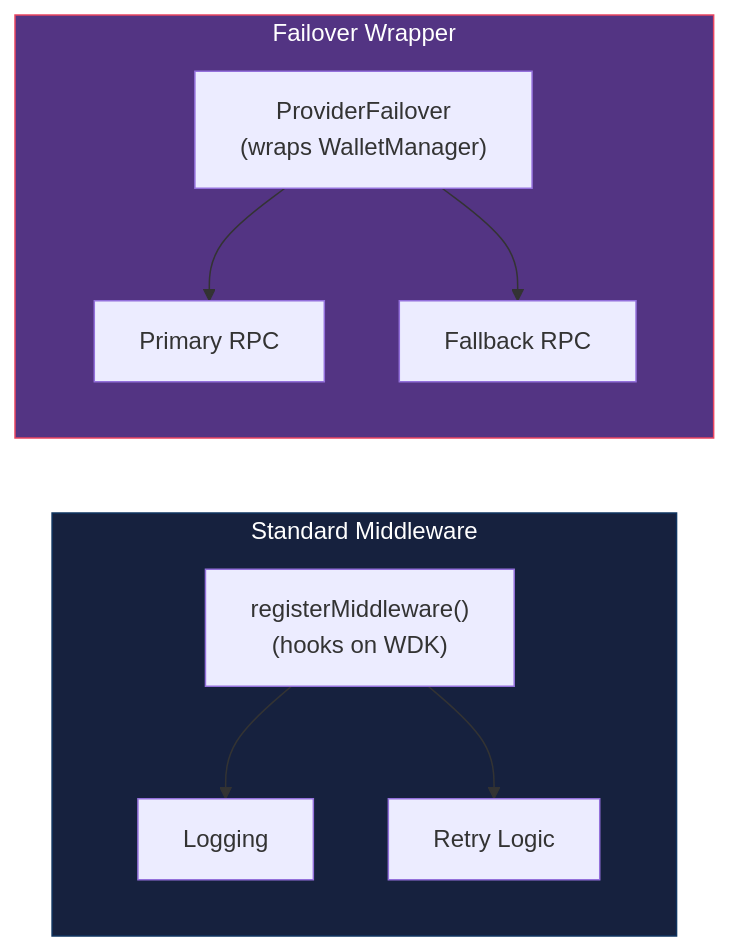
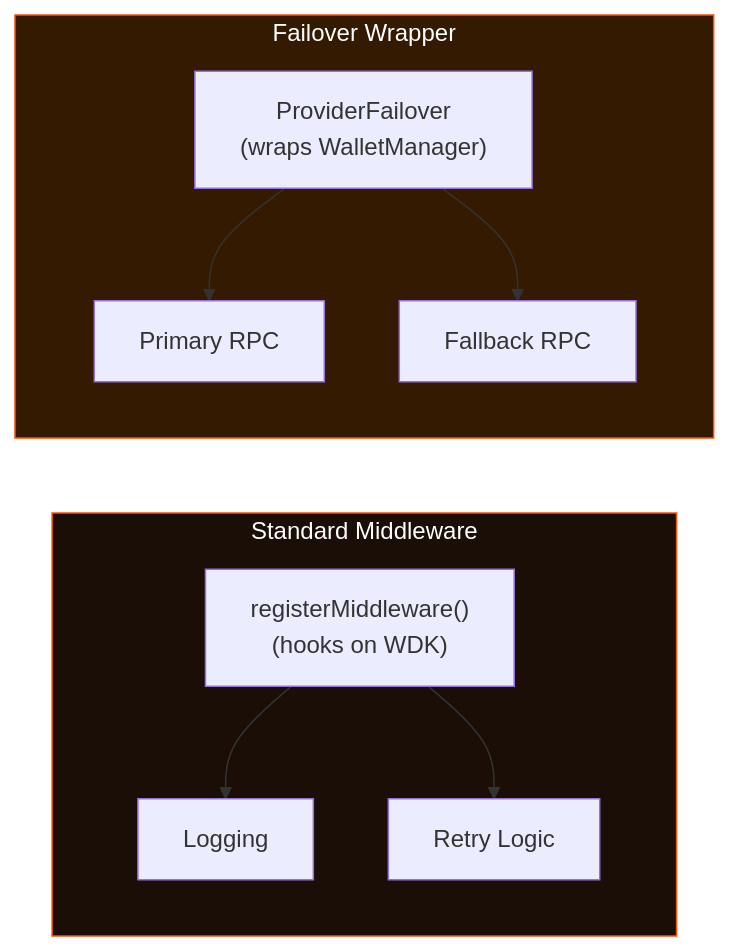
One commit to gatteo/wdk-docs changed the diagram in sdk/core-module/guides/middleware.md. Above: the diagram before and after it, drawn with Mermaid. The commit also changed 21 other files, not shown here.

Commit message:
docs: update all mermaid diagrams to WDK branding colors (#FF4E00 orange, #080201 dark)

````diff
--- a/sdk/core-module/guides/middleware.md
+++ b/sdk/core-module/guides/middleware.md
@@ -24,19 +24,19 @@
 ```mermaid
 flowchart LR
     subgraph Standard["Standard Middleware"]
         direction TB
         MW["registerMiddleware()\n(hooks on WDK)"]
         MW --> LOG["Logging"]
         MW --> RETRY["Retry Logic"]
     end
 
     subgraph Failover["Failover Wrapper"]
         direction TB
         FW["ProviderFailover\n(wraps WalletManager)"]
         FW --> RPC1["Primary RPC"]
         FW --> RPC2["Fallback RPC"]
     end
 
-    style Standard fill:#16213e,stroke:#0f3460,color:#fff
-    style Failover fill:#533483,stroke:#e94560,color:#fff
+    style Standard fill:#1a0e06,stroke:#FF4E00,color:#fff
+    style Failover fill:#331a00,stroke:#FF4E00,color:#fff
 ```
````
